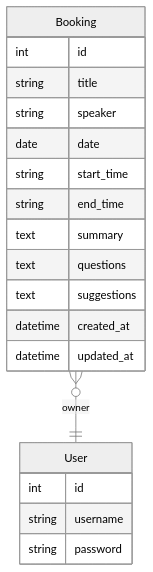
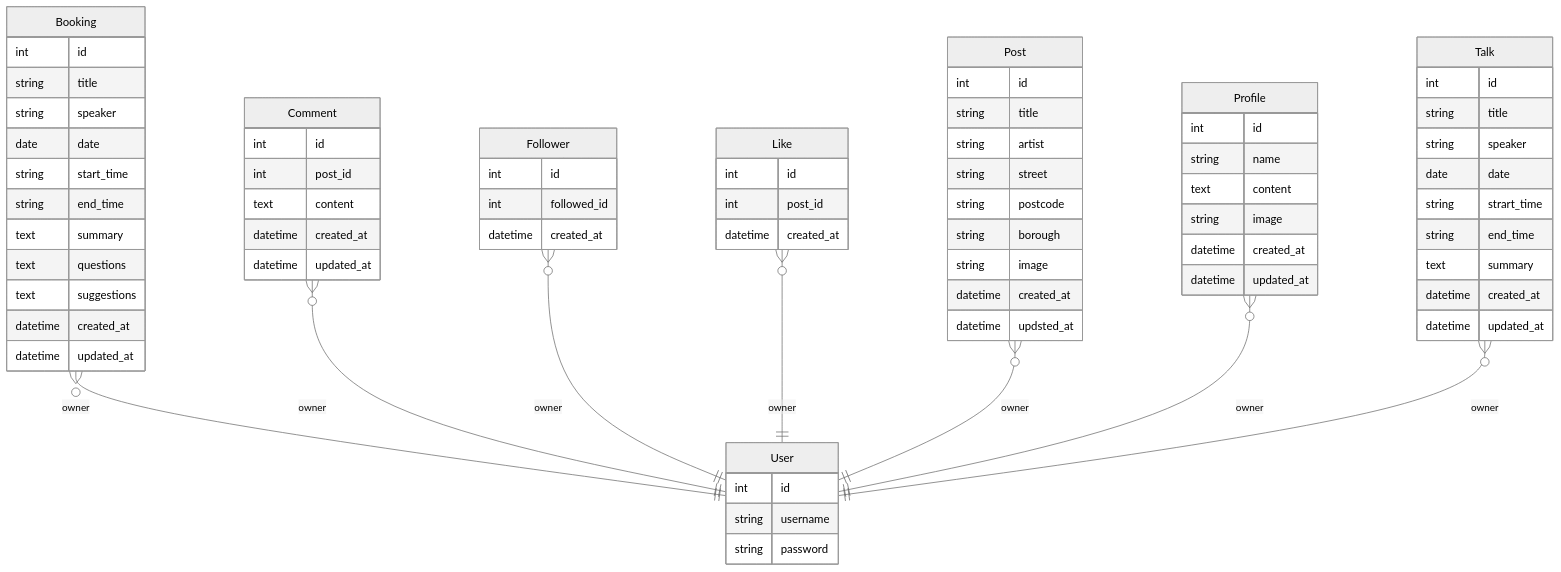
Before and after one commit to Adam-Alive/sculpture-drf-api: the diagram in README.md, drawn with Mermaid (neutral theme).

Commit message:
Update ERD in README

````diff
--- a/README.md
+++ b/README.md
@@ -60,22 +60,75 @@
 ```mermaid
 erDiagram
     User {
         int id
         string username
         string password        
     }
     Booking {
         int id
         string title
         string speaker
         date date
         string start_time
         string end_time
         text summary
         text questions
         text suggestions
         datetime created_at
         datetime updated_at
     }
-    Booking }o--|| User : "owner"    
+    Booking }o--|| User : "owner"
+    Comment {
+        int id
+        int post_id
+        text content
+        datetime created_at
+        datetime updated_at
+    }
+    Comment }o--|| User : "owner"
+    Follower {
+        int id
+        int followed_id
+        datetime created_at        
+    }
+    Follower }o--|| User : "owner"
+    Like {
+        int id
+        int post_id
+        datetime created_at
+    }
+    Like }o--|| User : "owner"
+    Post {
+        int id
+        string title
+        string artist
+        string street
+        string postcode
+        string borough
+        string image
+        datetime created_at
+        datetime updsted_at
+    }
+    Post }o--|| User : "owner"
+    Profile {
+        int id
+        string name
+        text content
+        string image
+        datetime created_at
+        datetime updated_at    
+    }
+    Profile }o--|| User : "owner"
+    Talk {
+        int id
+        string title
+        string speaker
+        date date
+        string strart_time
+        string end_time
+        text summary
+        datetime created_at
+        datetime updated_at    
+    }
+     Talk }o--|| User : "owner"  
 ```
````
